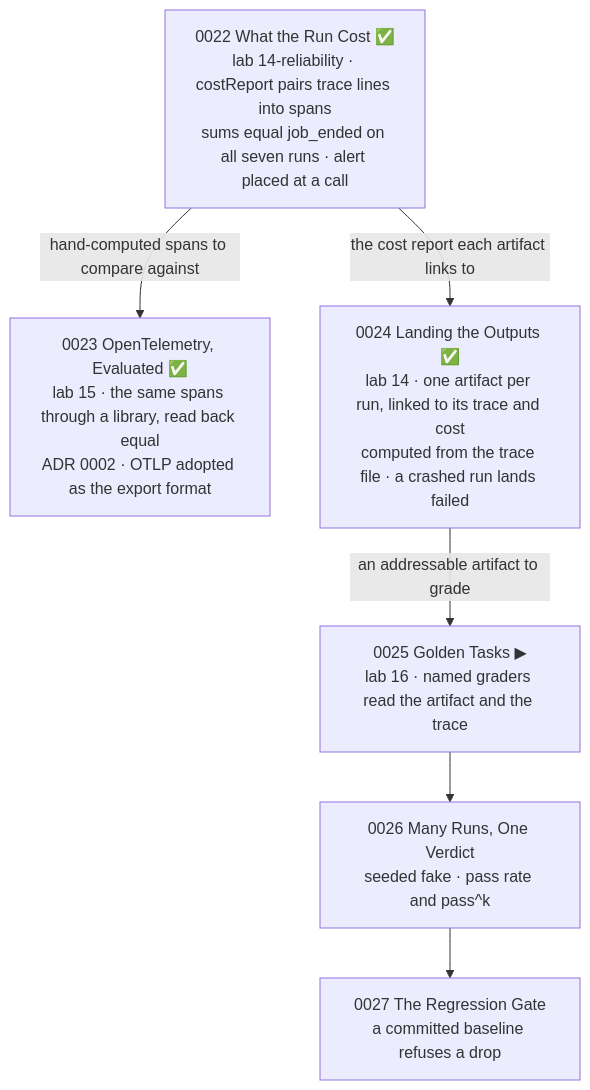
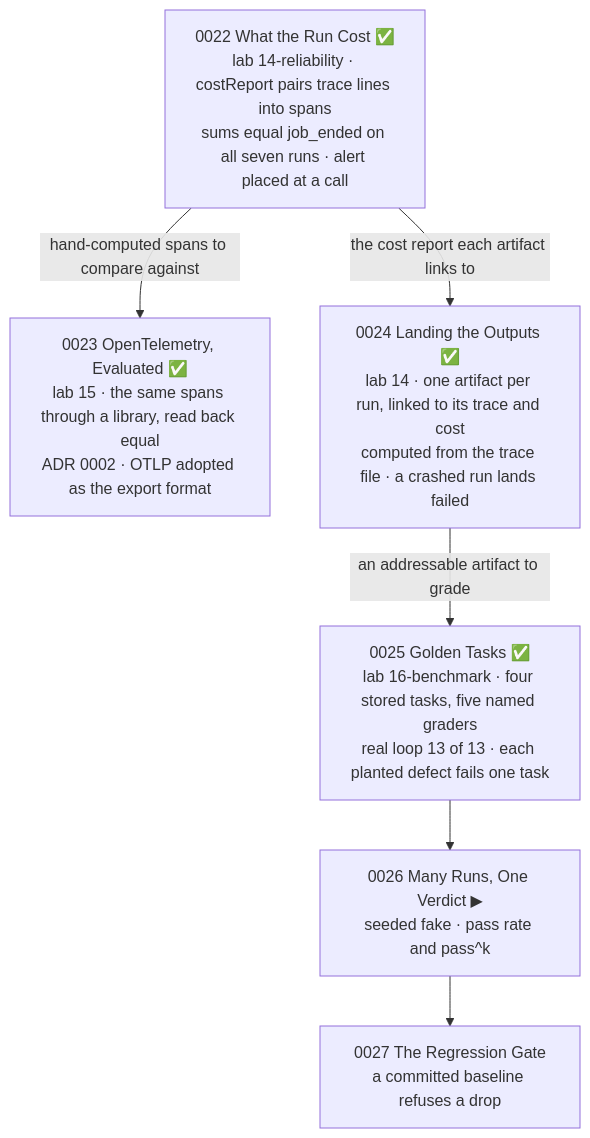
Before and after one commit to JozsefKiss90/TS: the sixth of 7 diagrams in wiki/course/course-module-graph.md, drawn with Mermaid. The commit also changed other lines of this file and 23 other files, not shown here.

First line of the commit message:
Ship lesson 0025 - Golden Tasks; lab 16 scores the loop offline

````diff
--- a/wiki/course/course-module-graph.md
+++ b/wiki/course/course-module-graph.md
@@ -115,14 +115,14 @@
 ```mermaid
 flowchart TD
     R22["0022 What the Run Cost ✅<br/>lab 14-reliability · costReport pairs trace lines into spans<br/>sums equal job_ended on all seven runs · alert placed at a call"]
     R23["0023 OpenTelemetry, Evaluated ✅<br/>lab 15 · the same spans through a library, read back equal<br/>ADR 0002 · OTLP adopted as the export format"]
     R24["0024 Landing the Outputs ✅<br/>lab 14 · one artifact per run, linked to its trace and cost<br/>computed from the trace file · a crashed run lands failed"]
-    R25["0025 Golden Tasks ▶<br/>lab 16 · named graders read the artifact and the trace"]
-    R26["0026 Many Runs, One Verdict<br/>seeded fake · pass rate and pass^k"]
+    R25["0025 Golden Tasks ✅<br/>lab 16-benchmark · four stored tasks, five named graders<br/>real loop 13 of 13 · each planted defect fails one task"]
+    R26["0026 Many Runs, One Verdict ▶<br/>seeded fake · pass rate and pass^k"]
     R27["0027 The Regression Gate<br/>a committed baseline refuses a drop"]
     R22 -->|"hand-computed spans to compare against"| R23
     R22 -->|"the cost report each artifact links to"| R24
     R24 -->|"an addressable artifact to grade"| R25
     R25 --> R26
     R26 --> R27
 ```
````
